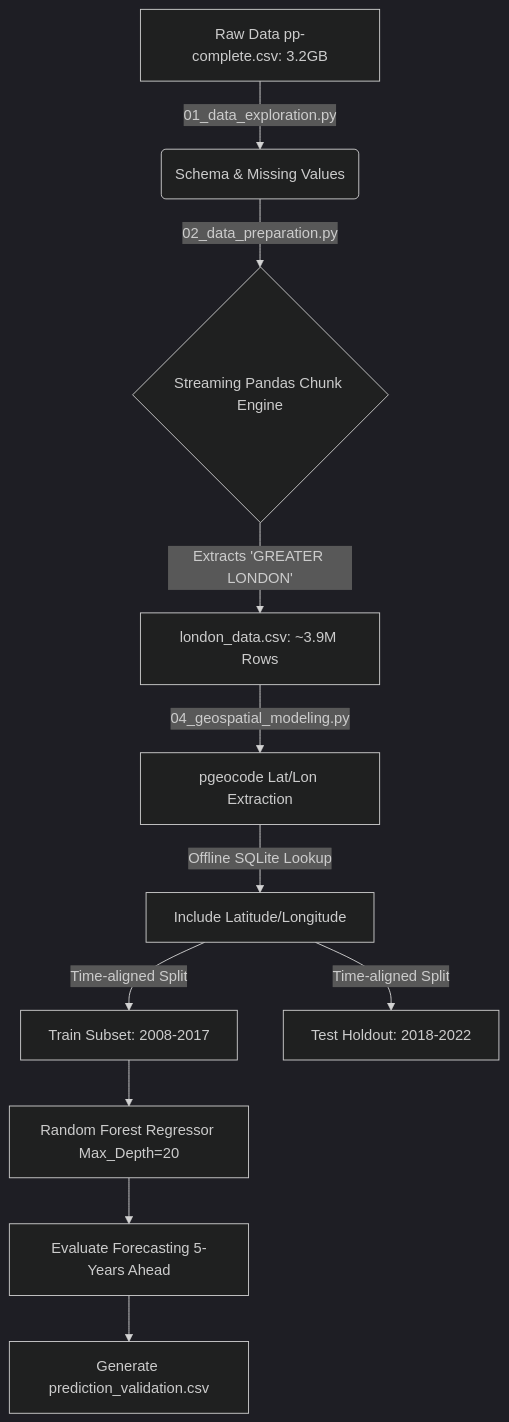
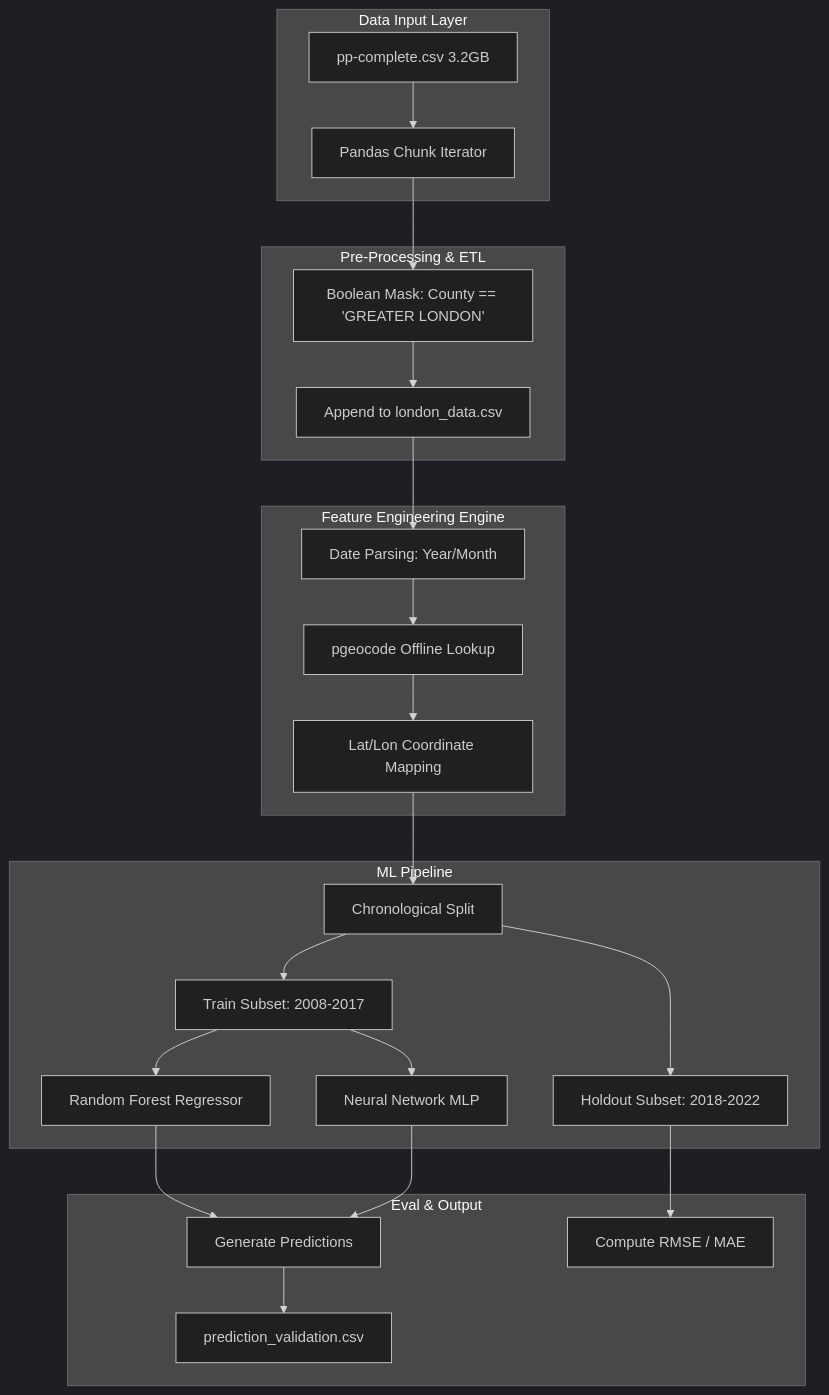
Before and after one commit to SuyeshaMitra/Real_Estate_Demand_Estmation: the diagram in walkthrough.md, drawn with Mermaid (dark theme). The commit also changed other lines of this file, not shown here.

````diff
--- a/walkthrough.md
+++ b/walkthrough.md
@@ -11,13 +11,33 @@
 ```mermaid
 flowchart TD
-    A[Raw Data pp-complete.csv: 3.2GB] -->|01_data_exploration.py| B(Schema & Missing Values)
-    B -->|02_data_preparation.py| C{Streaming Pandas Chunk Engine}
-    C -->|Extracts 'GREATER LONDON'| D[london_data.csv: ~3.9M Rows]
-    D -->|04_geospatial_modeling.py| E[pgeocode Lat/Lon Extraction]
-    E -->|Offline SQLite Lookup| F[Include Latitude/Longitude]
-    F -->|Time-aligned Split| G[Train Subset: 2008-2017]
-    F -->|Time-aligned Split| H[Test Holdout: 2018-2022]
-    G --> I[Random Forest Regressor Max_Depth=20]
-    I --> K[Evaluate Forecasting 5-Years Ahead]
-    K --> L[Generate prediction_validation.csv]
+    subgraph Data Input Layer
+        Raw[pp-complete.csv 3.2GB] --> Chunking[Pandas Chunk Iterator]
+    end
+
+    subgraph Pre-Processing & ETL
+        Chunking --> Filter[Boolean Mask: County == 'GREATER LONDON']
+        Filter --> IO[Append to london_data.csv]
+    end
+
+    subgraph Feature Engineering Engine
+        IO --> Base[Date Parsing: Year/Month]
+        Base --> GeoAPI[pgeocode Offline Lookup]
+        GeoAPI --> Merge[Lat/Lon Coordinate Mapping]
+    end
+
+    subgraph ML Pipeline
+        Merge --> Split[Chronological Split]
+        Split --> Train[Train Subset: 2008-2017]
+        Split --> Test[Holdout Subset: 2018-2022]
+        
+        Train --> RF[Random Forest Regressor]
+        Train --> MLP[Neural Network MLP]
+    end
+
+    subgraph Eval & Output
+        RF --> Pred[Generate Predictions]
+        MLP --> Pred
+        Test --> Metrics[Compute RMSE / MAE]
+        Pred --> Export[prediction_validation.csv]
+    end
 ```
````
